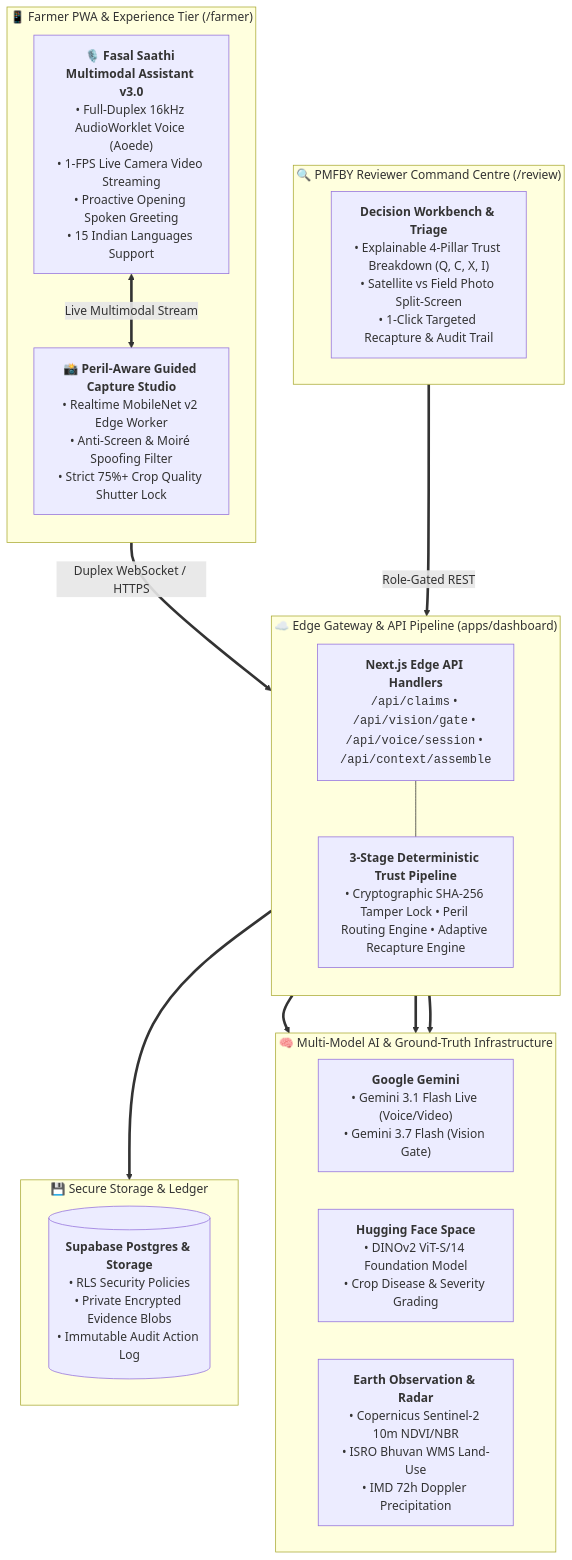
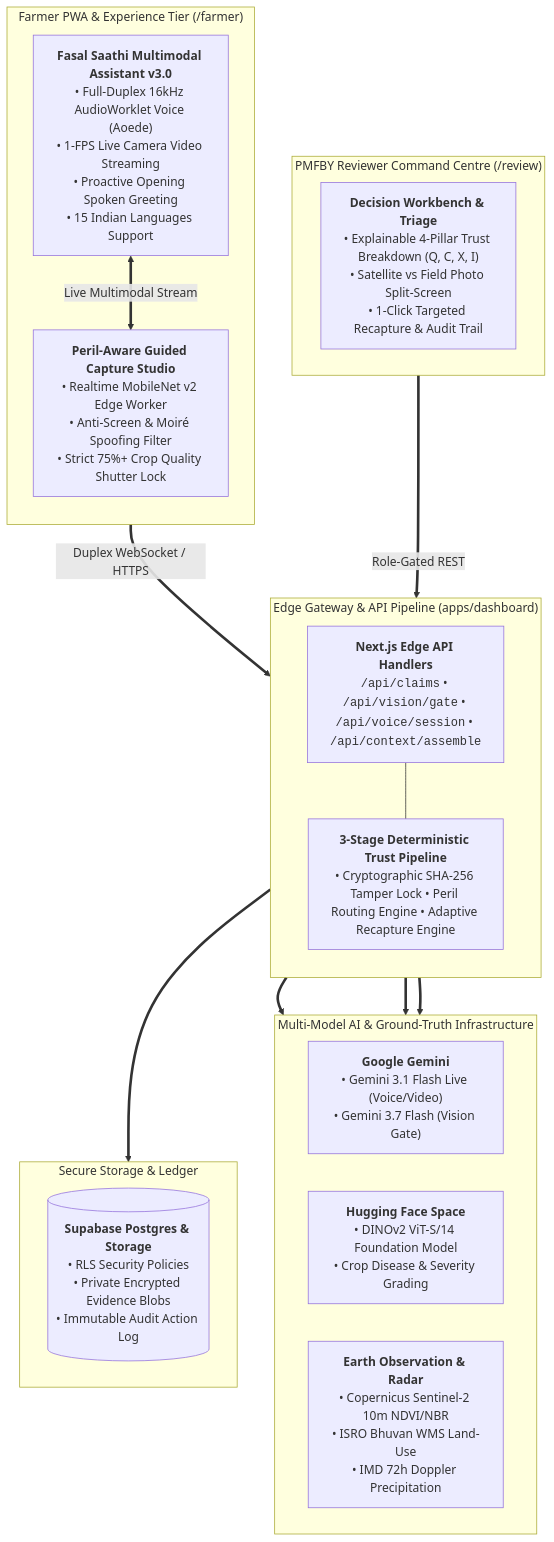
Before and after one commit to dhrrishitvdeka/Fasal-Pramaan: the diagram in README.md, drawn with Mermaid. The commit also changed other lines of this file, not shown here.

````diff
--- a/README.md
+++ b/README.md
@@ -35,44 +35,44 @@
 ```mermaid
 flowchart TB
   %% Client / Browser Tier
-  subgraph T_CLIENT["📱 Farmer PWA & Experience Tier (/farmer)"]
+  subgraph T_CLIENT["Farmer PWA & Experience Tier (/farmer)"]
     direction TB
-    F_SAATHI["<b>🎙️ Fasal Saathi Multimodal Assistant v3.0</b><br/>• Full-Duplex 16kHz AudioWorklet Voice (Aoede)<br/>• 1-FPS Live Camera Video Streaming<br/>• Proactive Opening Spoken Greeting<br/>• 15 Indian Languages Support"]
-    F_CAPTURE["<b>📸 Peril-Aware Guided Capture Studio</b><br/>• Realtime MobileNet v2 Edge Worker<br/>• Anti-Screen & Moiré Spoofing Filter<br/>• Strict 75%+ Crop Quality Shutter Lock"]
+    F_SAATHI["<b>Fasal Saathi Multimodal Assistant v3.0</b><br/>• Full-Duplex 16kHz AudioWorklet Voice (Aoede)<br/>• 1-FPS Live Camera Video Streaming<br/>• Proactive Opening Spoken Greeting<br/>• 15 Indian Languages Support"]
+    F_CAPTURE["<b>Peril-Aware Guided Capture Studio</b><br/>• Realtime MobileNet v2 Edge Worker<br/>• Anti-Screen & Moiré Spoofing Filter<br/>• Strict 75%+ Crop Quality Shutter Lock"]
     F_SAATHI <== "Live Multimodal Stream" ==> F_CAPTURE
   end
 
   %% Gateway & Routing Tier
-  subgraph T_GATEWAY["☁️ Edge Gateway & API Pipeline (apps/dashboard)"]
+  subgraph T_GATEWAY["Edge Gateway & API Pipeline (apps/dashboard)"]
     direction TB
     API_ROUTES["<b>Next.js Edge API Handlers</b><br/><code>/api/claims</code> • <code>/api/vision/gate</code> • <code>/api/voice/session</code> • <code>/api/context/assemble</code>"]
     CORE_PIPELINE["<b>3-Stage Deterministic Trust Pipeline</b><br/>• Cryptographic SHA-256 Tamper Lock • Peril Routing Engine • Adaptive Recapture Engine"]
     API_ROUTES --- CORE_PIPELINE
   end
 
   %% Multi-Model AI & External Signals Tier
-  subgraph T_SERVICES["🧠 Multi-Model AI & Ground-Truth Infrastructure"]
+  subgraph T_SERVICES["Multi-Model AI & Ground-Truth Infrastructure"]
     direction LR
     S_GEMINI["<b>Google Gemini</b><br/>• Gemini 3.1 Flash Live (Voice/Video)<br/>• Gemini 3.7 Flash (Vision Gate)"]
     S_HF["<b>Hugging Face Space</b><br/>• DINOv2 ViT-S/14 Foundation Model<br/>• Crop Disease & Severity Grading"]
     S_SIGNALS["<b>Earth Observation & Radar</b><br/>• Copernicus Sentinel-2 10m NDVI/NBR<br/>• ISRO Bhuvan WMS Land-Use<br/>• IMD 72h Doppler Precipitation"]
   end
 
   %% Reviewer Tier
-  subgraph T_REVIEWER["🔍 PMFBY Reviewer Command Centre (/review)"]
+  subgraph T_REVIEWER["PMFBY Reviewer Command Centre (/review)"]
     R_QUEUE["<b>Decision Workbench & Triage</b><br/>• Explainable 4-Pillar Trust Breakdown (Q, C, X, I)<br/>• Satellite vs Field Photo Split-Screen<br/>• 1-Click Targeted Recapture & Audit Trail"]
   end
 
   %% Persistence
-  subgraph T_STORAGE["💾 Secure Storage & Ledger"]
+  subgraph T_STORAGE["Secure Storage & Ledger"]
     S_SUPABASE[("<b>Supabase Postgres & Storage</b><br/>• RLS Security Policies<br/>• Private Encrypted Evidence Blobs<br/>• Immutable Audit Action Log")]
   end
 
   %% Flow Connections
   T_CLIENT ==>|"Duplex WebSocket / HTTPS"| API_ROUTES
   T_REVIEWER ==>|"Role-Gated REST"| API_ROUTES
   CORE_PIPELINE ==> S_GEMINI
   CORE_PIPELINE ==> S_HF
   CORE_PIPELINE ==> S_SIGNALS
   API_ROUTES ==> T_STORAGE
 ```
````
